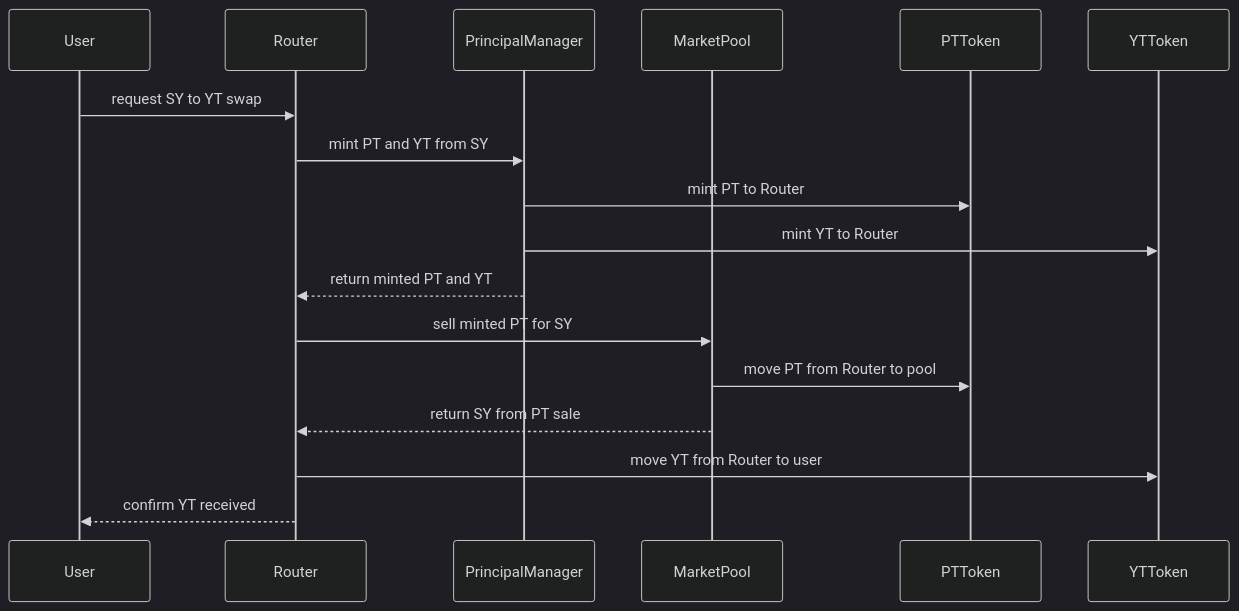
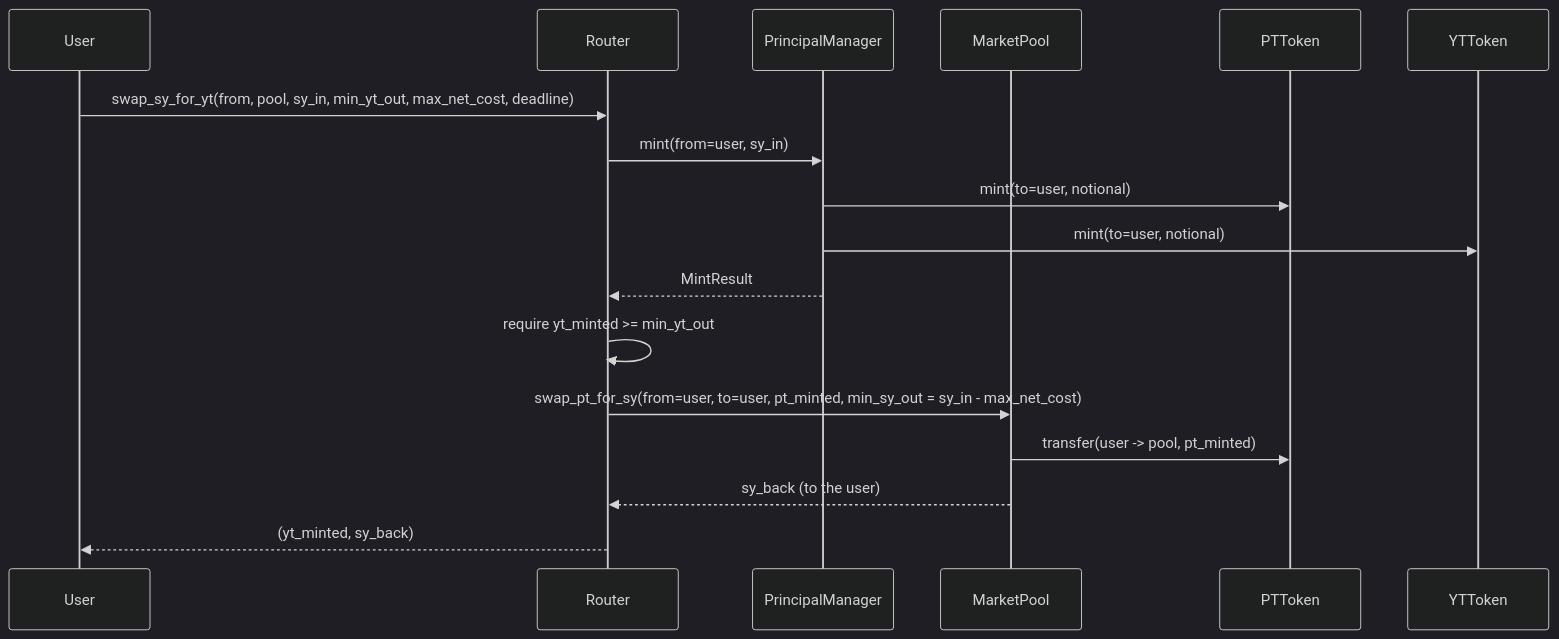
One commit to principal-Protocol-org/principal changed the fourth of 9 diagrams in docs/ARCHITECTURE.md. Above: the diagram before and after it, drawn with Mermaid (dark theme). The commit also changed other lines of this file and 43 other files, not shown here.

````diff
--- a/docs/ARCHITECTURE.md
+++ b/docs/ARCHITECTURE.md
@@ -242,20 +236,20 @@
 ```mermaid
 sequenceDiagram
     participant U as User
     participant RT as Router
     participant PM as PrincipalManager
     participant MP as MarketPool
     participant PT as PTToken
     participant YT as YTToken
 
-    U->>RT: request SY to YT swap
-    RT->>PM: mint PT and YT from SY
-    PM->>PT: mint PT to Router
-    PM->>YT: mint YT to Router
-    PM-->>RT: return minted PT and YT
-    RT->>MP: sell minted PT for SY
-    MP->>PT: move PT from Router to pool
-    MP-->>RT: return SY from PT sale
-    RT->>YT: move YT from Router to user
-    RT-->>U: confirm YT received
+    U->>RT: swap_sy_for_yt(from, pool, sy_in, min_yt_out, max_net_cost, deadline)
+    RT->>PM: mint(from=user, sy_in)
+    PM->>PT: mint(to=user, notional)
+    PM->>YT: mint(to=user, notional)
+    PM-->>RT: MintResult
+    RT->>RT: require yt_minted >= min_yt_out
+    RT->>MP: swap_pt_for_sy(from=user, to=user, pt_minted, min_sy_out = sy_in - max_net_cost)
+    MP->>PT: transfer(user -> pool, pt_minted)
+    MP-->>RT: sy_back (to the user)
+    RT-->>U: (yt_minted, sy_back)
 ```
````
